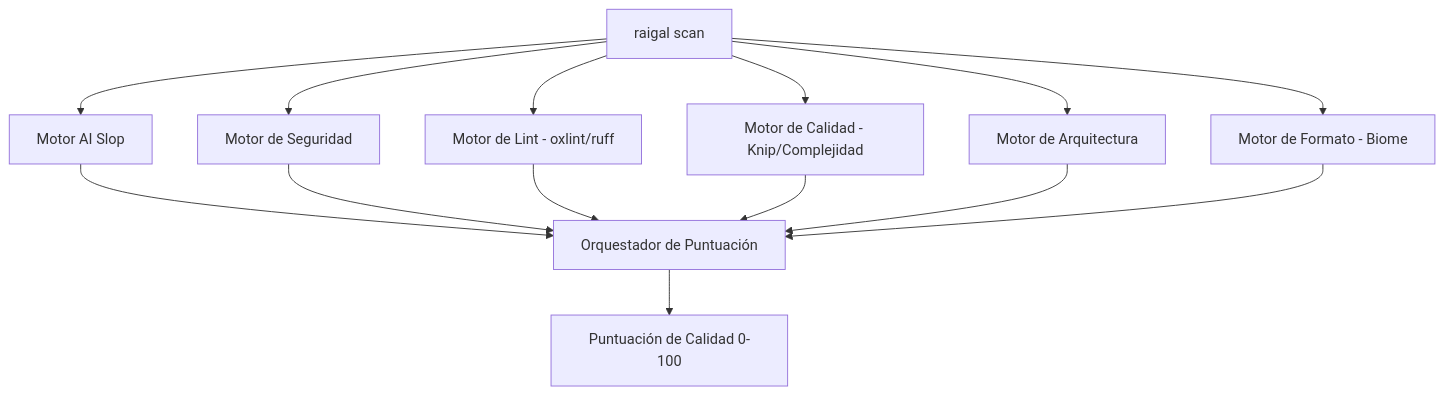
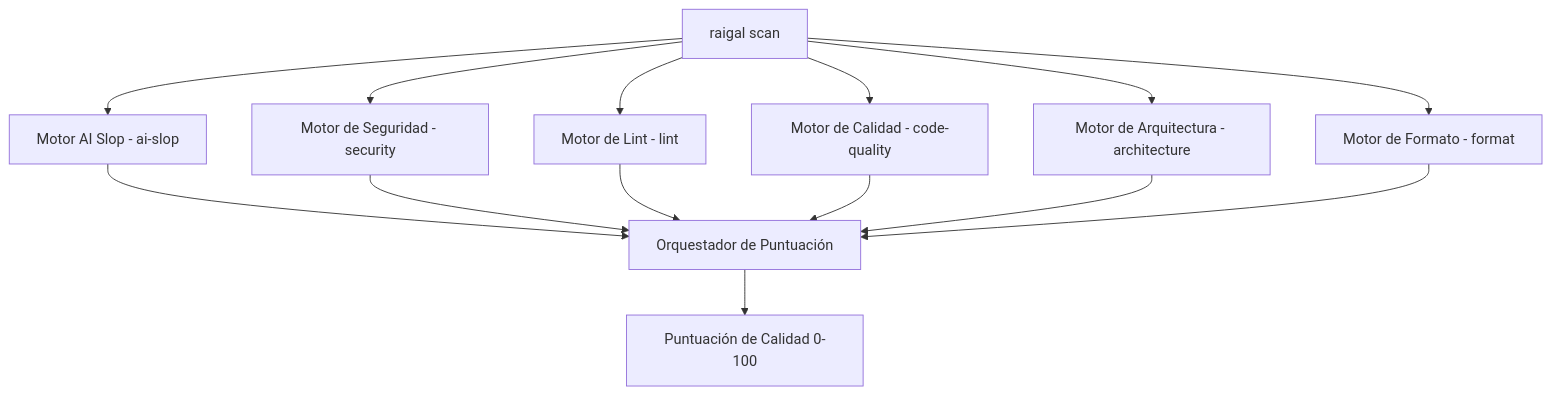
One commit to meethiu/raigal-docs changed the diagram in espanol/documentacion-espanol/conceptos-clave/reglas.md. Above: the diagram before and after it, drawn with Mermaid. The commit also changed other lines of this file and 13 other files, not shown here.

Commit message:
docs: align scoring engine, config schema, and dashboard with implementation (en/es)

````diff
--- a/espanol/documentacion-espanol/conceptos-clave/reglas.md
+++ b/espanol/documentacion-espanol/conceptos-clave/reglas.md
@@ -10,16 +10,16 @@
 ```mermaid
 graph TD
-    A[raigal scan] --> B[Motor AI Slop]
-    A --> C[Motor de Seguridad]
-    A --> D[Motor de Lint - oxlint/ruff]
-    A --> E[Motor de Calidad - Knip/Complejidad]
-    A --> F[Motor de Arquitectura]
-    A --> G[Motor de Formato - Biome]
+    A[raigal scan] --> B[Motor AI Slop - ai-slop]
+    A --> C[Motor de Seguridad - security]
+    A --> D[Motor de Lint - lint]
+    A --> E[Motor de Calidad - code-quality]
+    A --> F[Motor de Arquitectura - architecture]
+    A --> G[Motor de Formato - format]
     B --> H[Orquestador de Puntuación]
     C --> H
     D --> H
     E --> H
     F --> H
     G --> H
     H --> I[Puntuación de Calidad 0-100]
 ```
````
